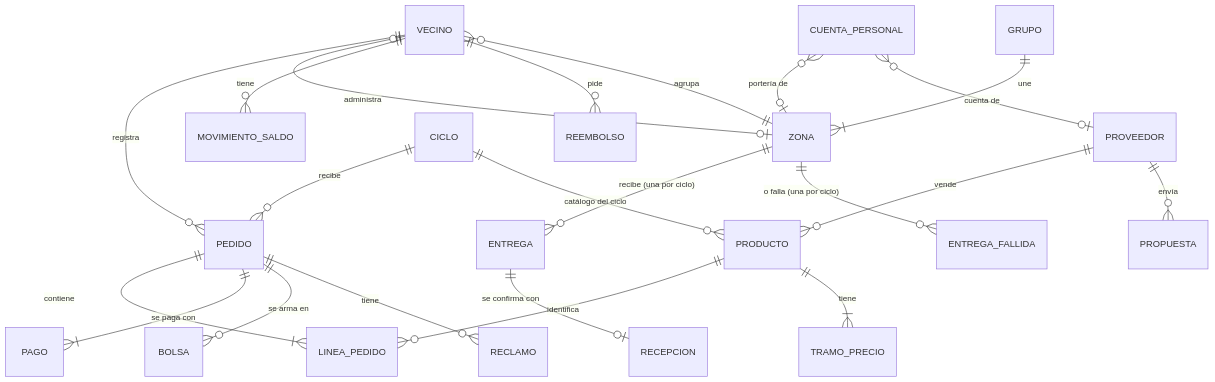
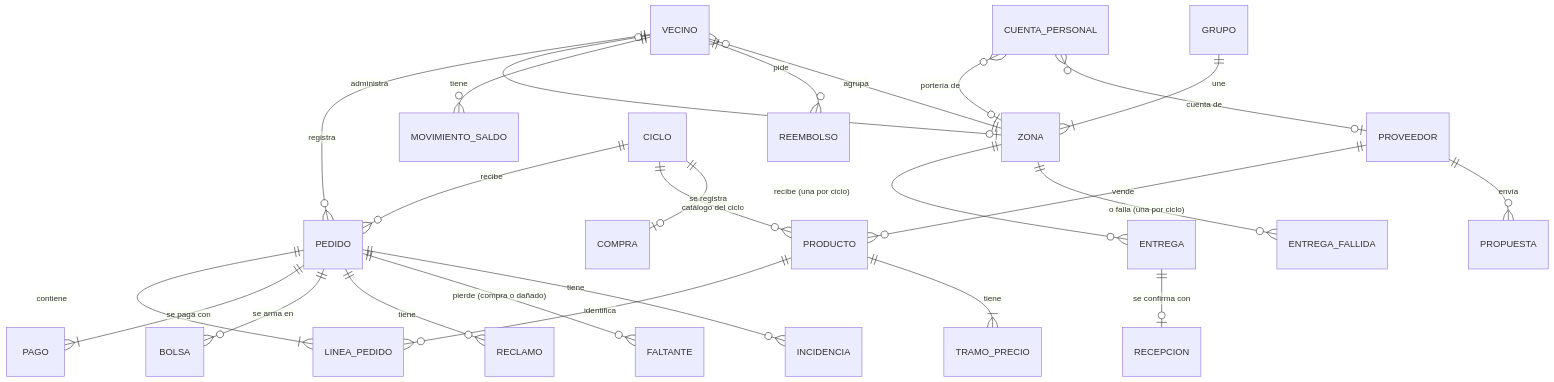
The second of 3 diagrams in docs/modelo-datos-arquitectura.md (kaloslazo/Yapa), drawn with Mermaid before and after one commit. The commit also changed other lines of this file and 14 other files, not shown here.

Commit message:
docs: iteraciones 56 y 57, trazabilidad, registro, roadmap, decisiones cerradas, CUS y modelo de datos al día, evidencia en verde (660 pruebas del motor y 117 del frontend)

````diff
--- a/docs/modelo-datos-arquitectura.md
+++ b/docs/modelo-datos-arquitectura.md
@@ -41,24 +41,27 @@
 ```mermaid
 erDiagram
     VECINO ||--o{ PEDIDO : registra
     ZONA ||--o{ VECINO : agrupa
     VECINO |o--o| ZONA : administra
     GRUPO ||--|{ ZONA : une
     PEDIDO ||--|{ LINEA_PEDIDO : contiene
     PEDIDO ||--|{ PAGO : "se paga con"
     PRODUCTO ||--o{ LINEA_PEDIDO : identifica
     PRODUCTO ||--|{ TRAMO_PRECIO : tiene
     PROVEEDOR ||--o{ PRODUCTO : vende
     CICLO ||--o{ PEDIDO : recibe
     CICLO ||--o{ PRODUCTO : "catálogo del ciclo"
     PEDIDO ||--o{ BOLSA : "se arma en"
     ZONA ||--o{ ENTREGA : "recibe (una por ciclo)"
     ZONA ||--o{ ENTREGA_FALLIDA : "o falla (una por ciclo)"
     ENTREGA ||--o| RECEPCION : "se confirma con"
     PEDIDO ||--o{ RECLAMO : tiene
     VECINO ||--o{ MOVIMIENTO_SALDO : tiene
     VECINO ||--o{ REEMBOLSO : pide
     PROVEEDOR ||--o{ PROPUESTA : envía
     CUENTA_PERSONAL }o--o| ZONA : "portería de"
+    CICLO ||--o| COMPRA : "se registra"
+    PEDIDO ||--o{ FALTANTE : "pierde (compra o dañado)"
+    PEDIDO ||--o{ INCIDENCIA : tiene
     CUENTA_PERSONAL }o--o| PROVEEDOR : "cuenta de"
 ```
````
